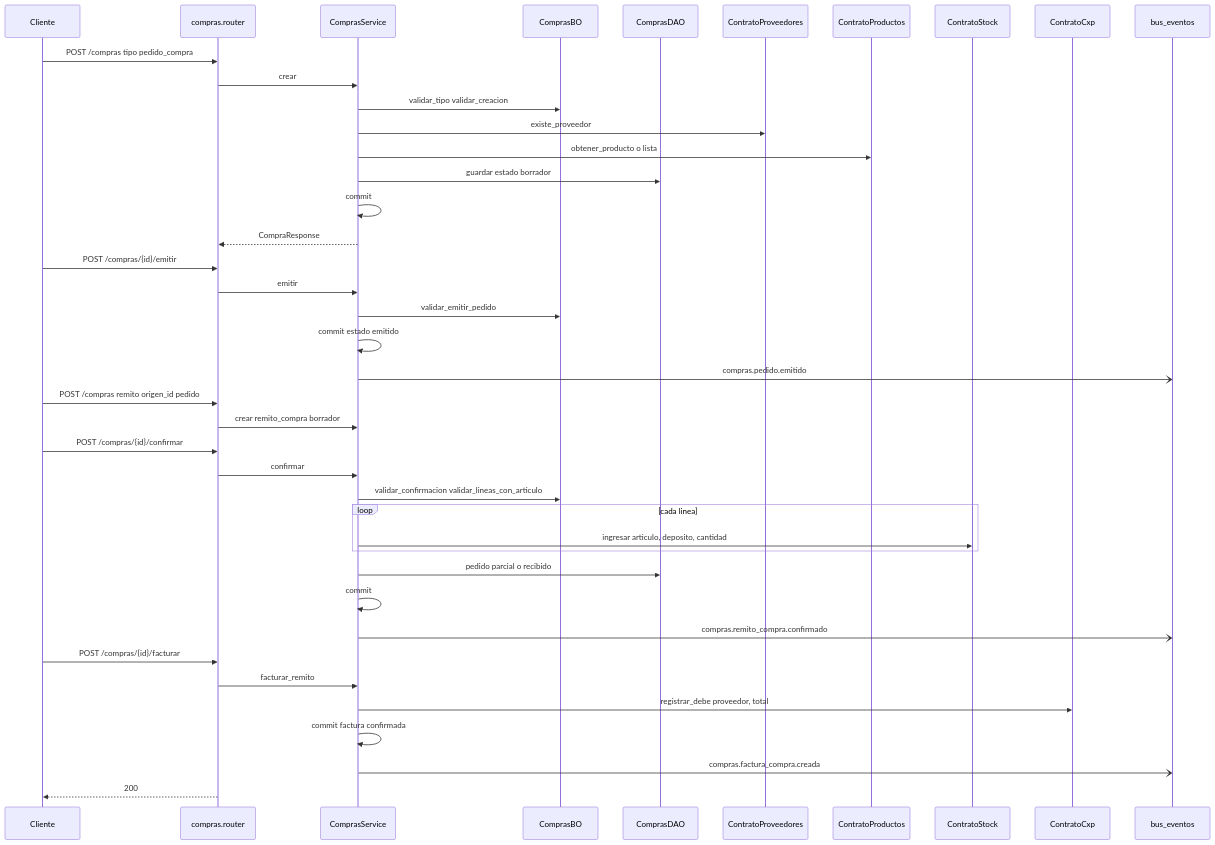
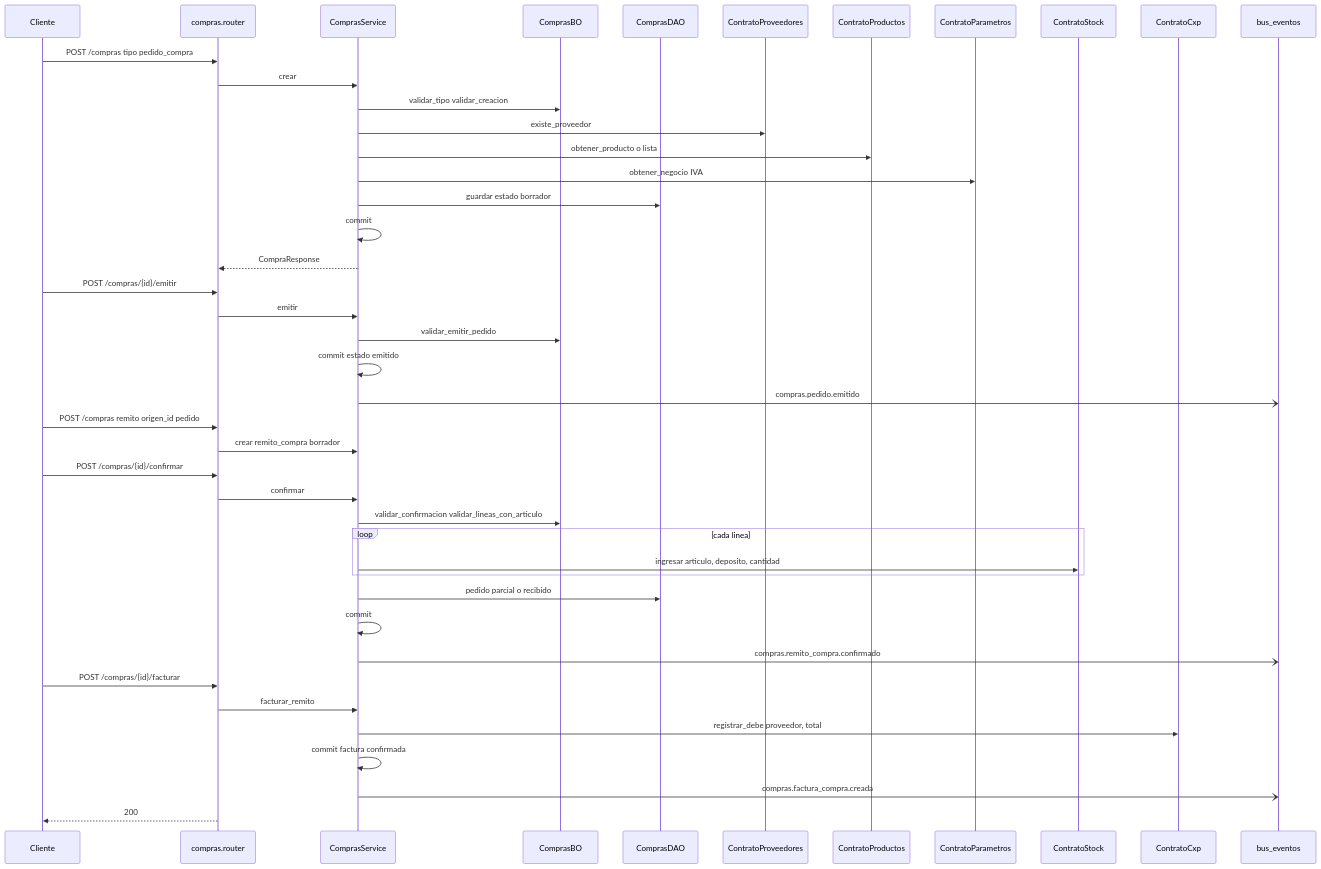
Before and after one commit to estsan3/ventas360-api: the first of 2 diagrams in docs/diagramas/compras.md, drawn with Mermaid. The commit also changed other lines of this file and 21 other files, not shown here.

First line of the commit message:
docs: sincronizar diagramas de secuencia de cada módulo (2026-11-12)

````diff
--- a/docs/diagramas/compras.md
+++ b/docs/diagramas/compras.md
@@ -80,47 +80,49 @@
 ```mermaid
 sequenceDiagram
     participant Cliente
     participant Router as compras.router
     participant Service as ComprasService
     participant BO as ComprasBO
     participant DAO as ComprasDAO
     participant Prov as ContratoProveedores
     participant Prod as ContratoProductos
+    participant Param as ContratoParametros
     participant Stock as ContratoStock
     participant Cxp as ContratoCxp
     participant Bus as bus_eventos
 
     Cliente->>Router: POST /compras tipo pedido_compra
     Router->>Service: crear
     Service->>BO: validar_tipo validar_creacion
     Service->>Prov: existe_proveedor
     Service->>Prod: obtener_producto o lista
+    Service->>Param: obtener_negocio IVA
     Service->>DAO: guardar estado borrador
     Service->>Service: commit
     Service-->>Router: CompraResponse
 
     Cliente->>Router: POST /compras/{id}/emitir
     Router->>Service: emitir
     Service->>BO: validar_emitir_pedido
     Service->>Service: commit estado emitido
     Service-)Bus: compras.pedido.emitido
 
     Cliente->>Router: POST /compras remito origen_id pedido
     Router->>Service: crear remito_compra borrador
     Cliente->>Router: POST /compras/{id}/confirmar
     Router->>Service: confirmar
     Service->>BO: validar_confirmacion validar_lineas_con_articulo
     loop cada linea
         Service->>Stock: ingresar articulo, deposito, cantidad
     end
     Service->>DAO: pedido parcial o recibido
     Service->>Service: commit
     Service-)Bus: compras.remito_compra.confirmado
 
     Cliente->>Router: POST /compras/{id}/facturar
     Router->>Service: facturar_remito
     Service->>Cxp: registrar_debe proveedor, total
     Service->>Service: commit factura confirmada
     Service-)Bus: compras.factura_compra.creada
     Router-->>Cliente: 200
 ```
````
